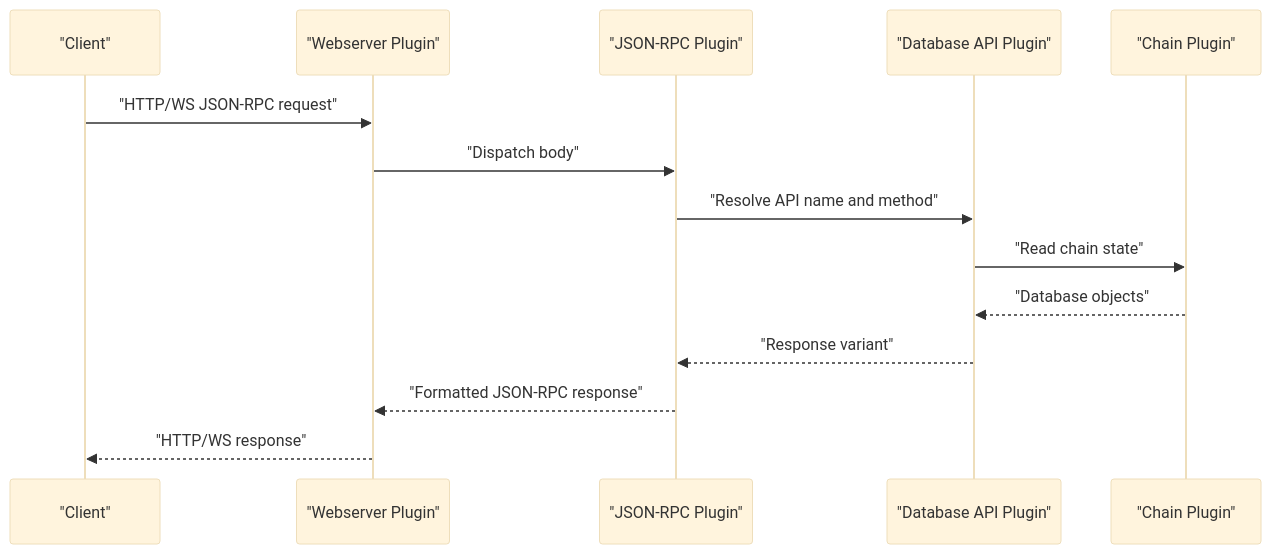
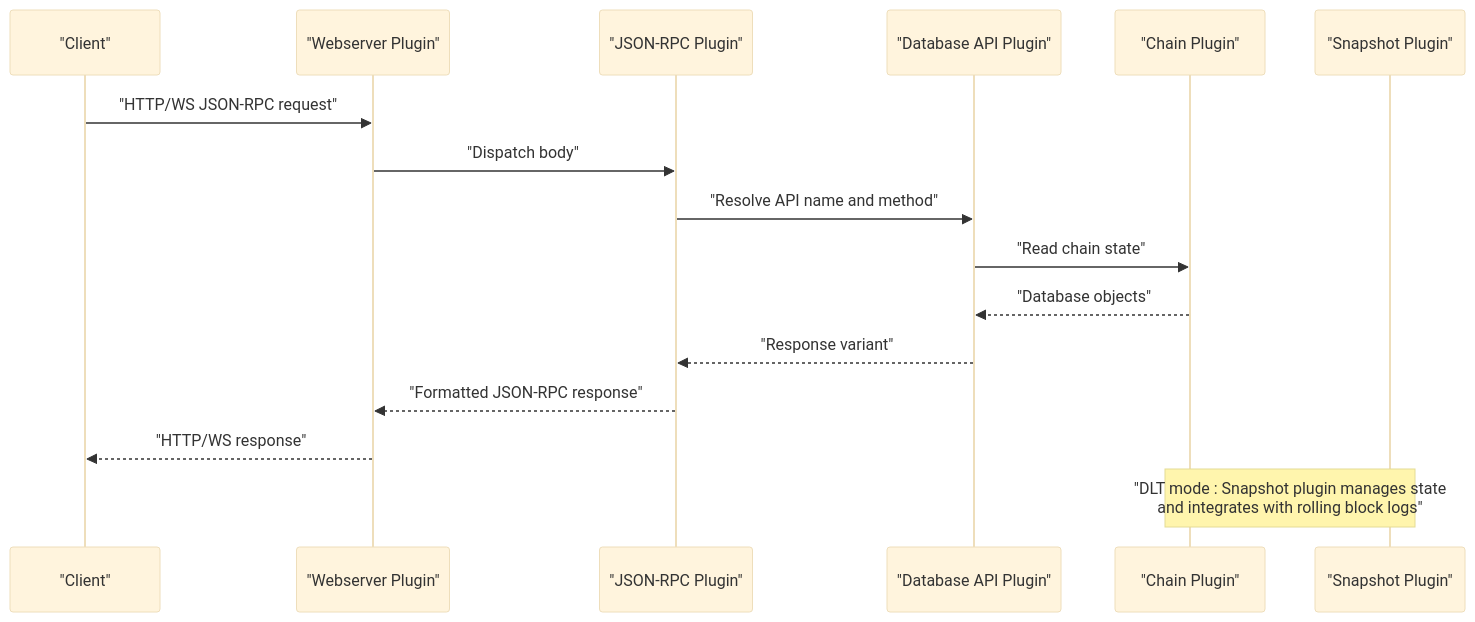
Before and after one commit to VIZ-Blockchain/viz-cpp-node: the second of 17 diagrams in .qoder/repowiki/en/content/Plugin System/Plugin System.md, drawn with Mermaid (base theme). The commit also changed other lines of this file and 4 other files, not shown here.

First line of the commit message:
docs(database): enhance database management with DLT mode and error handling

````diff
--- a/.qoder/repowiki/en/content/Plugin System/Plugin System.md
+++ b/.qoder/repowiki/en/content/Plugin System/Plugin System.md
@@ -103,16 +118,18 @@
 ```mermaid
 sequenceDiagram
 participant Client as "Client"
 participant WS as "Webserver Plugin"
 participant RPC as "JSON-RPC Plugin"
 participant DBAPI as "Database API Plugin"
 participant CHAIN as "Chain Plugin"
+participant SNAP as "Snapshot Plugin"
 Client->>WS : "HTTP/WS JSON-RPC request"
 WS->>RPC : "Dispatch body"
 RPC->>DBAPI : "Resolve API name and method"
 DBAPI->>CHAIN : "Read chain state"
 CHAIN-->>DBAPI : "Database objects"
 DBAPI-->>RPC : "Response variant"
 RPC-->>WS : "Formatted JSON-RPC response"
 WS-->>Client : "HTTP/WS response"
+Note over SNAP,CHAIN : "DLT mode : Snapshot plugin manages state<br/>and integrates with rolling block logs"
 ```
````
